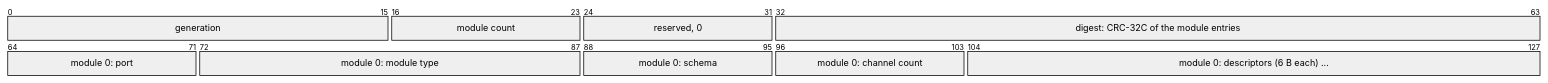
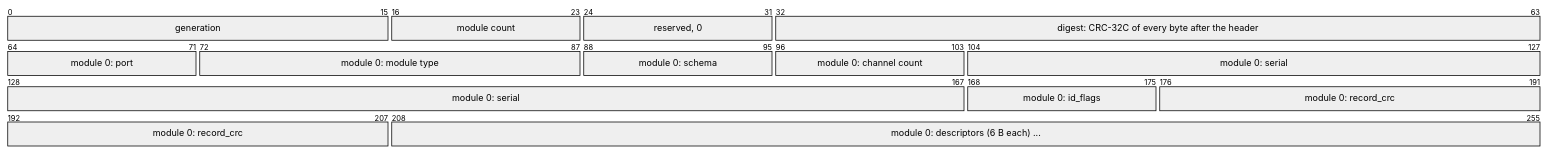
The fifth of 6 diagrams in docs/module-protocol.md (clintecker/weather-station-2026), drawn with Mermaid before and after one commit. The commit also changed other lines of this file and 12 other files, not shown here.

````diff
--- a/docs/module-protocol.md
+++ b/docs/module-protocol.md
@@ -525,17 +525,20 @@
 ```mermaid
 ---
 config:
   packet:
     bitsPerRow: 64
 ---
 packet-beta
   0-15: "generation"
   16-23: "module count"
   24-31: "reserved, 0"
-  32-63: "digest: CRC-32C of the module entries"
+  32-63: "digest: CRC-32C of every byte after the header"
   64-71: "module 0: port"
   72-87: "module 0: module type"
   88-95: "module 0: schema"
   96-103: "module 0: channel count"
-  104-127: "module 0: descriptors (6 B each) ..."
+  104-167: "module 0: serial"
+  168-175: "module 0: id_flags"
+  176-207: "module 0: record_crc"
+  208-255: "module 0: descriptors (6 B each) ..."
 ```
````
